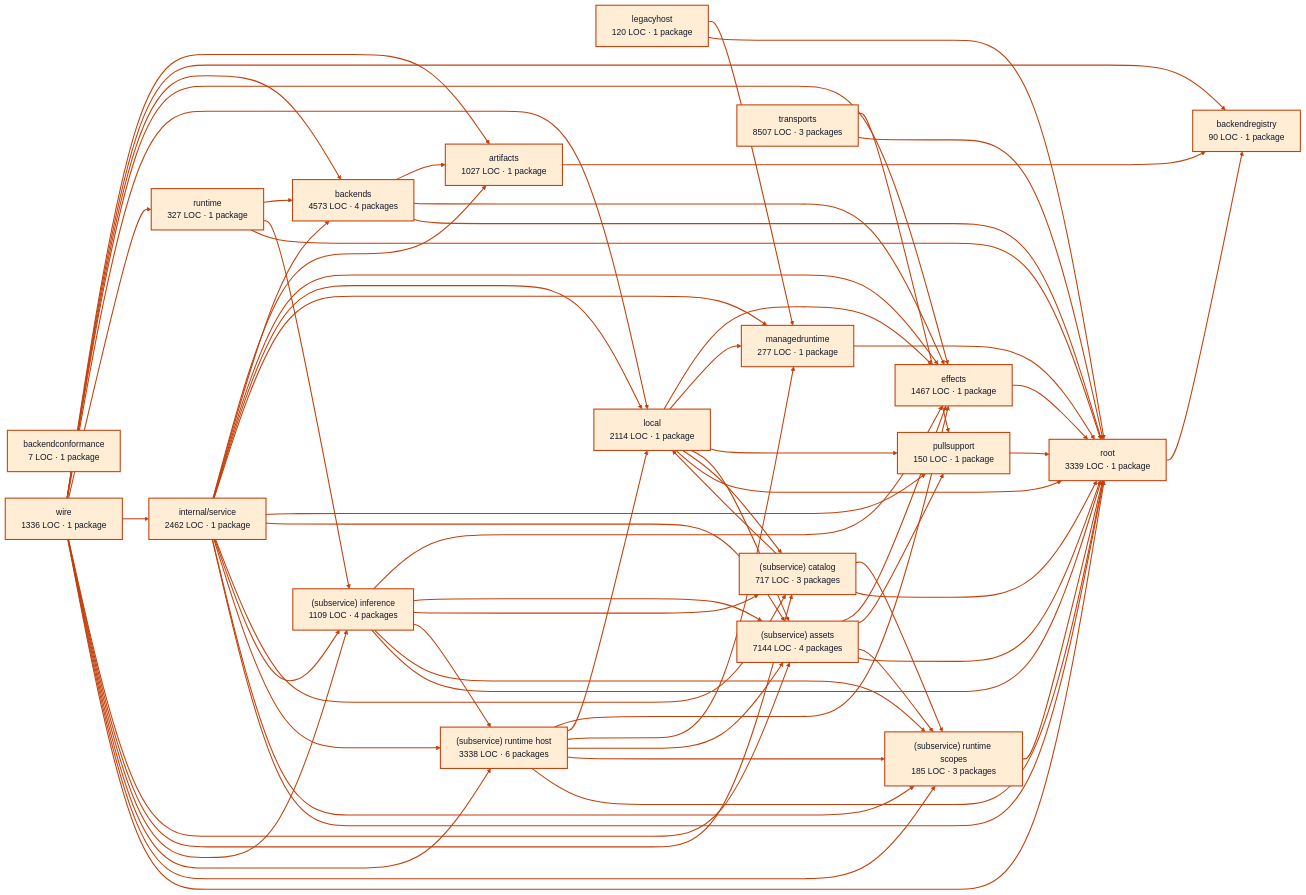
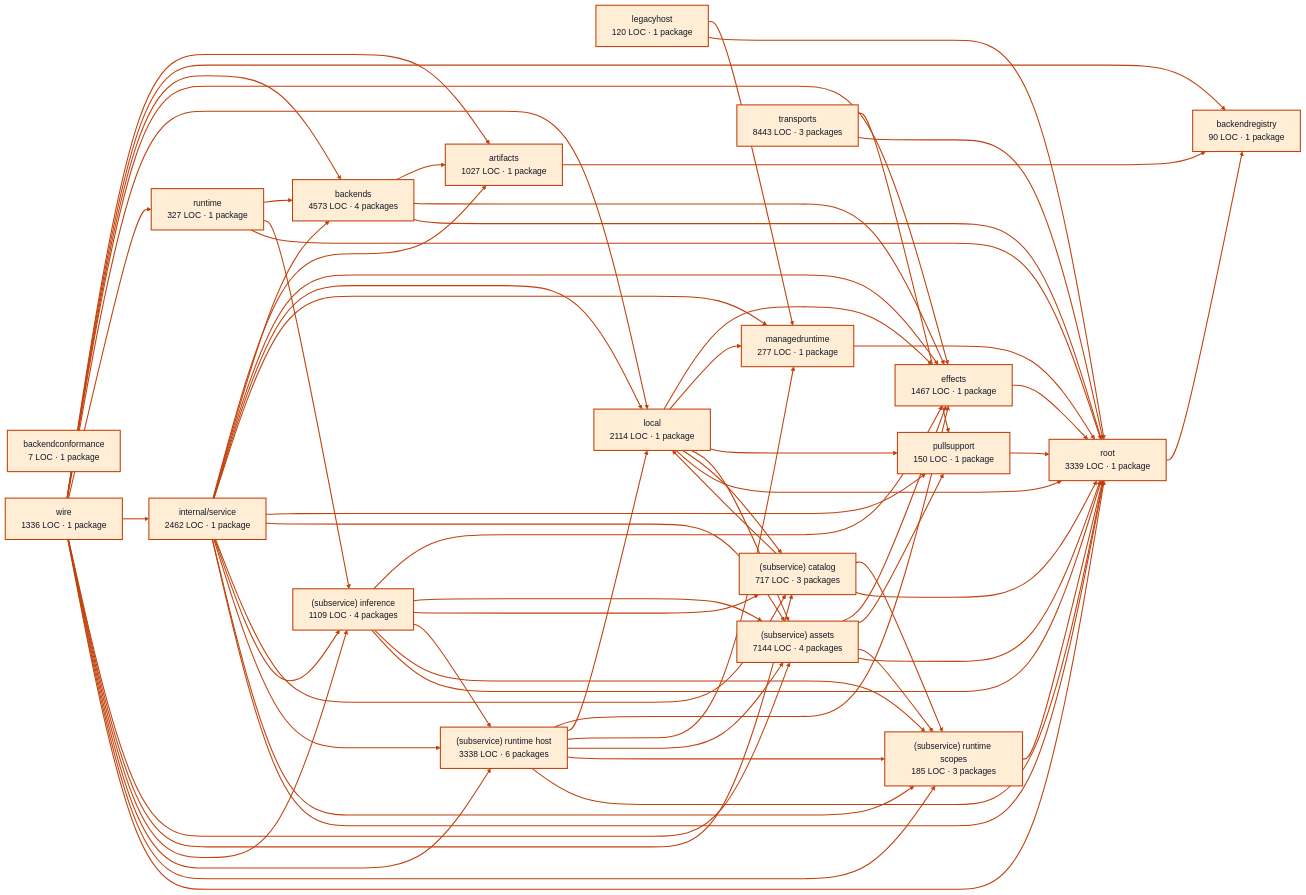
One commit to portpowered/you-agent-factory changed the diagram in docs/architecture/visualizations/services/models.md. Above: the diagram before and after it, drawn with Mermaid. The commit also changed other lines of this file and 20 other files, not shown here.

Commit message:
docs: refresh backend architecture visualizations

```diff
--- a/docs/architecture/visualizations/services/models.md
+++ b/docs/architecture/visualizations/services/models.md
@@ -27,7 +27,7 @@
   p14["(subservice) runtime host<br/>3338 LOC · 6 packages"]
   p15["(subservice) runtime scopes<br/>185 LOC · 3 packages"]
   p16["root<br/>3339 LOC · 1 package"]
-  p17["transports<br/>8507 LOC · 3 packages"]
+  p17["transports<br/>8443 LOC · 3 packages"]
   p18["wire<br/>1336 LOC · 1 package"]
   p0 --> p2
   p3 --> p0
```
